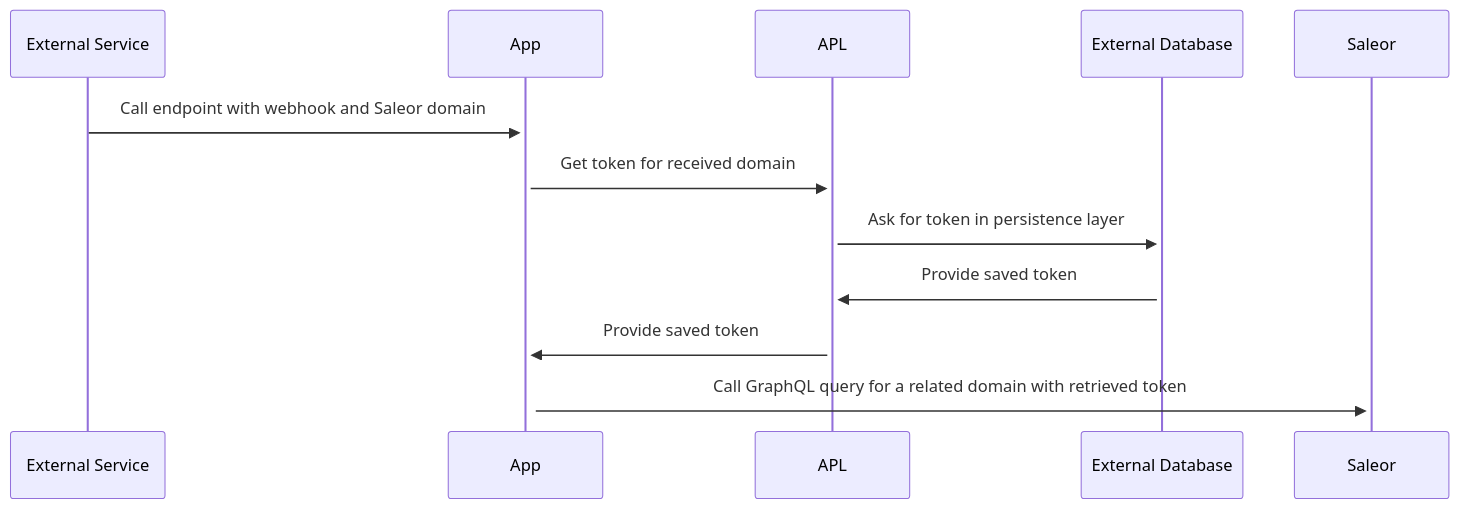
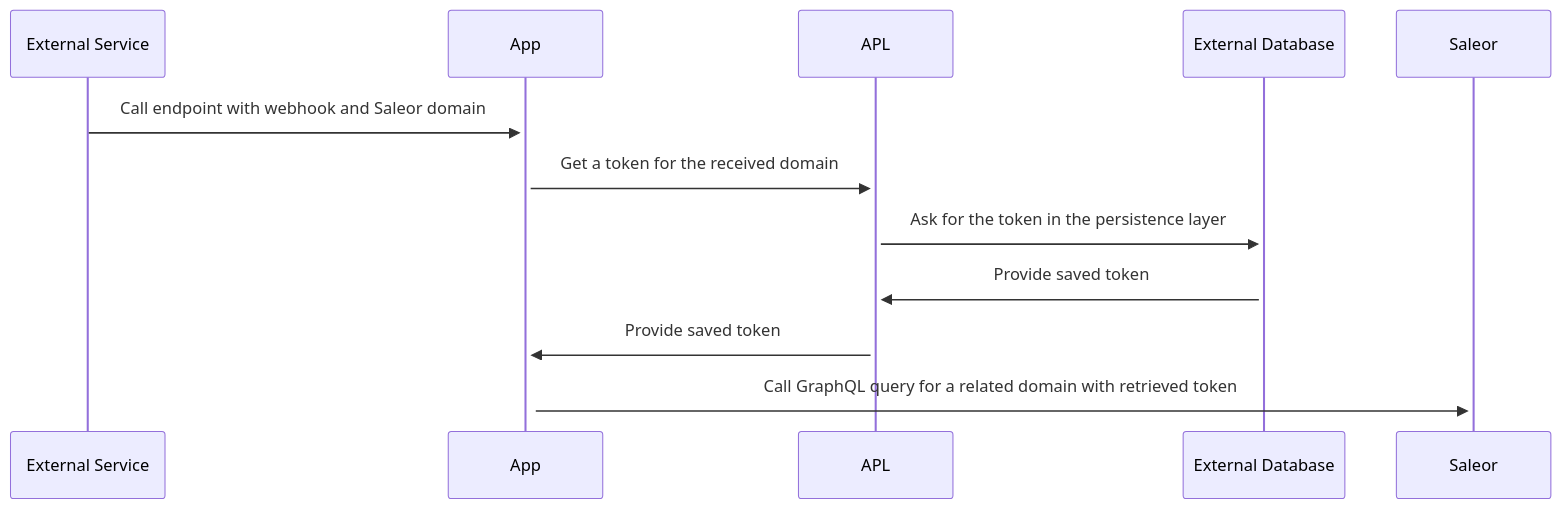
The second of 2 diagrams in docs/developer/extending/apps/architecture/apl.mdx (saleor/saleor-docs), drawn with Mermaid before and after one commit. The commit also changed other lines of this file, not shown here.

Commit message:
docs: :memo: proofreading apl.mdx

````diff
--- a/docs/developer/extending/apps/architecture/apl.mdx
+++ b/docs/developer/extending/apps/architecture/apl.mdx
@@ -30,9 +32,9 @@
 ```mermaid
 sequenceDiagram
 External Service->>+App: Call endpoint with webhook and Saleor domain
-App->>+APL: Get token for received domain
-APL->>+External Database: Ask for token in persistence layer
+App->>+APL: Get a token for the received domain
+APL->>+External Database: Ask for the token in the persistence layer
 External Database->>+APL: Provide saved token
 APL->>+App: Provide saved token
 App->>+Saleor: Call GraphQL query for a related domain with retrieved token
 ```
````
